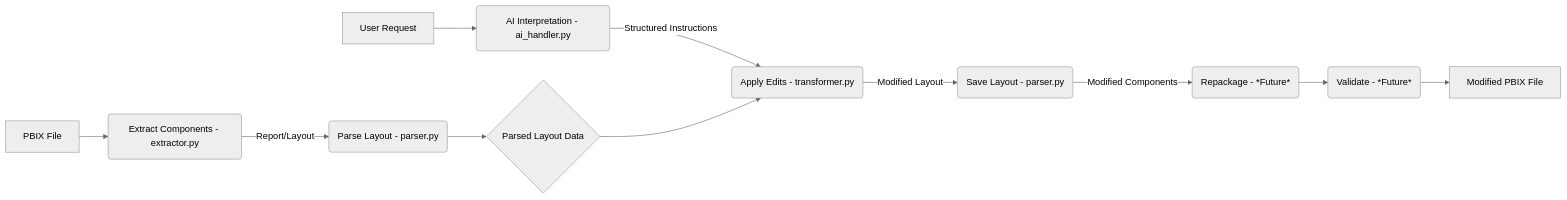
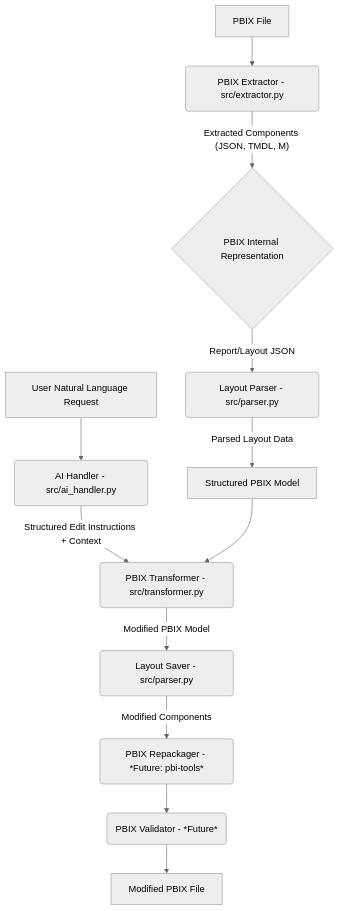
One commit to Dynamo14324/ai-pbix-transformer changed the diagram in README.md. Above: the diagram before and after it, drawn with Mermaid (neutral theme). The commit also changed other lines of this file, not shown here.

Commit message:
Docs: Enhance README with comprehensive project overview, features, usage, and architecture diagrams

````diff
--- a/README.md
+++ b/README.md
@@ -45,13 +67,14 @@
 ```mermaid
-graph LR
-    A[PBIX File] --> B(Extract Components - extractor.py);
-    B -- Report/Layout --> C(Parse Layout - parser.py);
-    C --> D{Parsed Layout Data};
-    E[User Request] --> F(AI Interpretation - ai_handler.py);
-    F -- Structured Instructions --> G(Apply Edits - transformer.py);
-    D --> G;
-    G -- Modified Layout --> H(Save Layout - parser.py);
-    H -- Modified Components --> I(Repackage - *Future*);
-    I --> J(Validate - *Future*);
-    J --> K[Modified PBIX File];
+graph TD
+    A[PBIX File] --> B(PBIX Extractor - src/extractor.py)
+    B -- Extracted Components (JSON, TMDL, M) --> C{PBIX Internal Representation}
+    C -- Report/Layout JSON --> D(Layout Parser - src/parser.py)
+    D -- Parsed Layout Data --> E[Structured PBIX Model]
+    F[User Natural Language Request] --> G(AI Handler - src/ai_handler.py)
+    G -- Structured Edit Instructions + Context --> H(PBIX Transformer - src/transformer.py)
+    E --> H
+    H -- Modified PBIX Model --> I(Layout Saver - src/parser.py)
+    I -- Modified Components --> J(PBIX Repackager - *Future: pbi-tools*)
+    J --> K(PBIX Validator - *Future*)
+    K --> L[Modified PBIX File]
 ```
````
